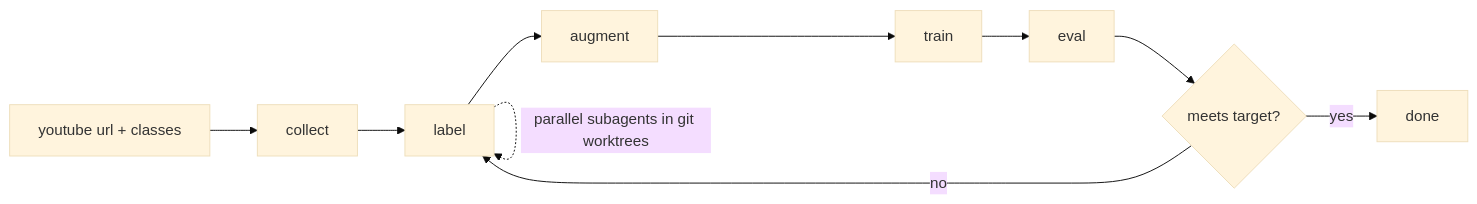
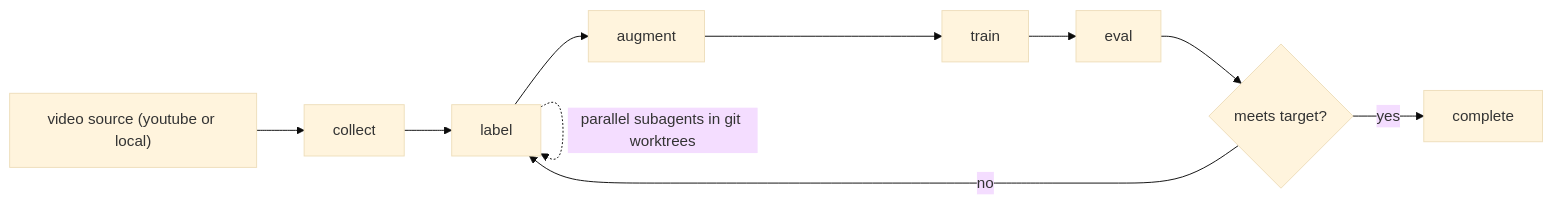
One commit to qtzx06/yolodex changed the diagram in README.md. Above: the diagram before and after it, drawn with Mermaid (base theme). The commit also changed other lines of this file, not shown here.

````diff
--- a/README.md
+++ b/README.md
@@ -8,12 +22,12 @@
 ```mermaid
 flowchart LR
-  A["youtube url + classes"] --> B["collect"]
+  A["video source (youtube or local)"] --> B["collect"]
   B --> C["label"]
   C --> D["augment"]
   D --> E["train"]
   E --> F["eval"]
   C -. "parallel subagents in git worktrees" .-> C
   F --> G{"meets target?"}
   G -- "no" --> C
-  G -- "yes" --> H["done"]
+  G -- "yes" --> H["complete"]
 ```
````
